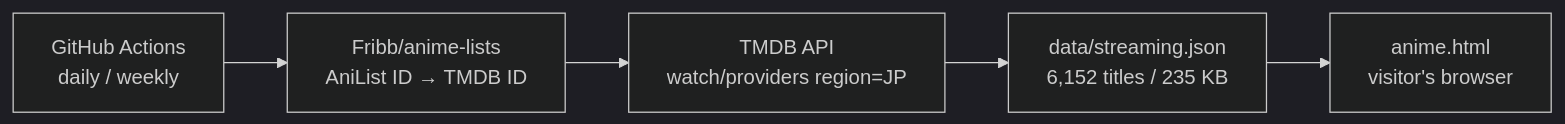
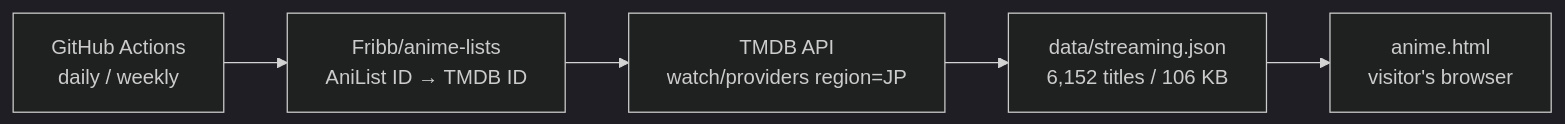
One commit to Naatlant/courdeck changed the diagram in README.md. Above: the diagram before and after it, drawn with Mermaid (dark theme). The commit also changed other lines of this file and 6 other files, not shown here.

````diff
--- a/README.md
+++ b/README.md
@@ -55,7 +55,7 @@
 ```mermaid
 flowchart LR
     A[GitHub Actions<br/>daily / weekly] --> B[Fribb/anime-lists<br/>AniList ID → TMDB ID]
     B --> C[TMDB API<br/>watch/providers region=JP]
-    C --> D[data/streaming.json<br/>6,152 titles / 235 KB]
+    C --> D[data/streaming.json<br/>6,152 titles / 106 KB]
     D --> E[anime.html<br/>visitor's browser]
 ```
````
